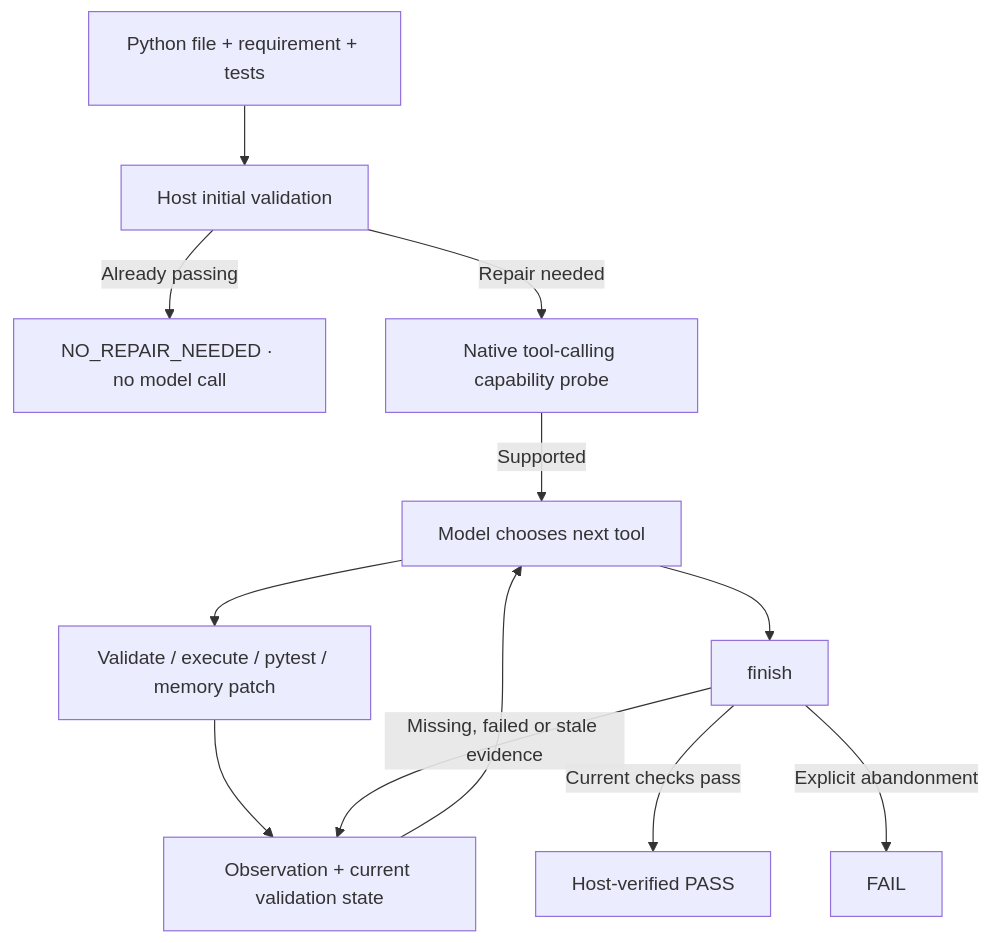
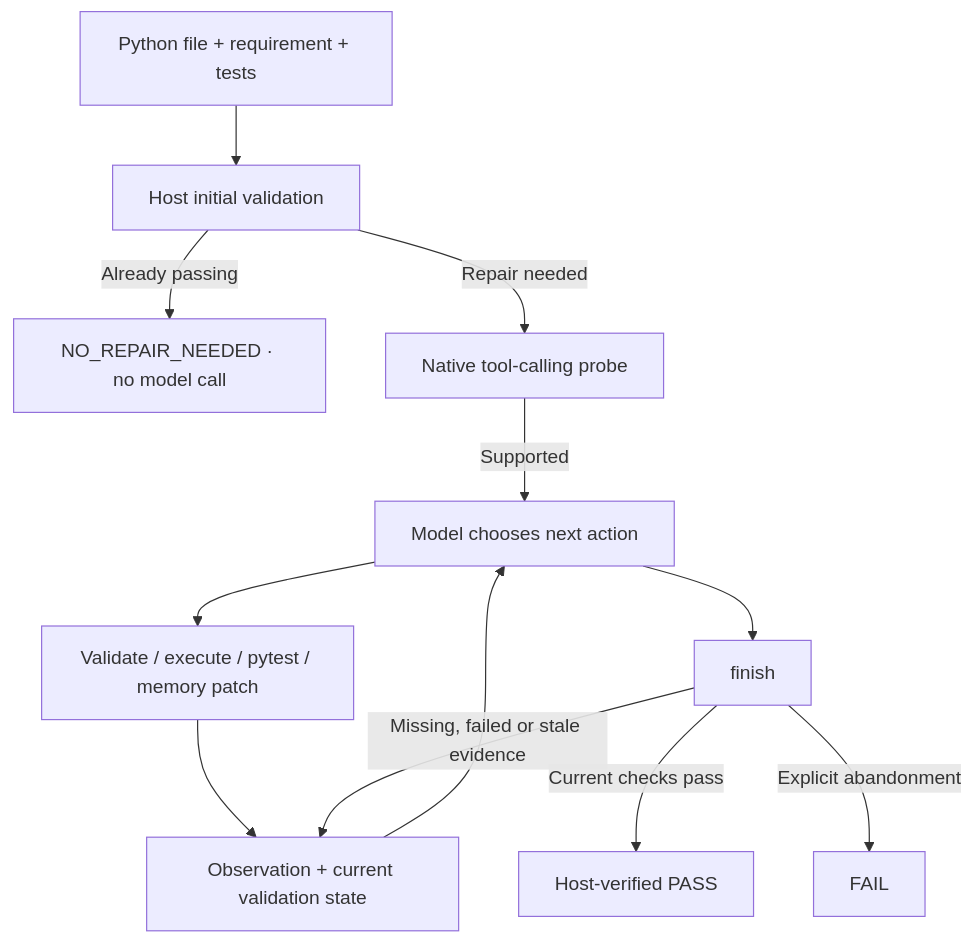
The diagram in README.md (tTko99/dependency-aware-codegen), drawn with Mermaid before and after one commit. The commit also changed other lines of this file and 1 other file, not shown here.

````diff
--- a/README.md
+++ b/README.md
@@ -11,14 +30,14 @@
 ```mermaid
 flowchart TD
     A[Python file + requirement + tests] --> B[Host initial validation]
     B -- Already passing --> C[NO_REPAIR_NEEDED · no model call]
-    B -- Repair needed --> D[Native tool-calling capability probe]
-    D -- Supported --> E[Model chooses next tool]
+    B -- Repair needed --> D[Native tool-calling probe]
+    D -- Supported --> E[Model chooses next action]
     E --> F[Validate / execute / pytest / memory patch]
     F --> G[Observation + current validation state]
     G --> E
     E --> H[finish]
     H -- Missing, failed or stale evidence --> G
     H -- Current checks pass --> I[Host-verified PASS]
     H -- Explicit abandonment --> J[FAIL]
 ```
````
